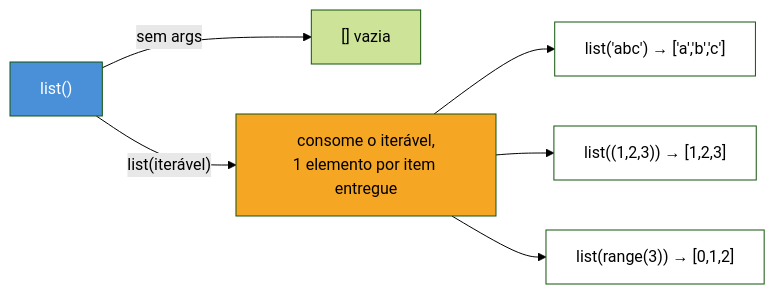
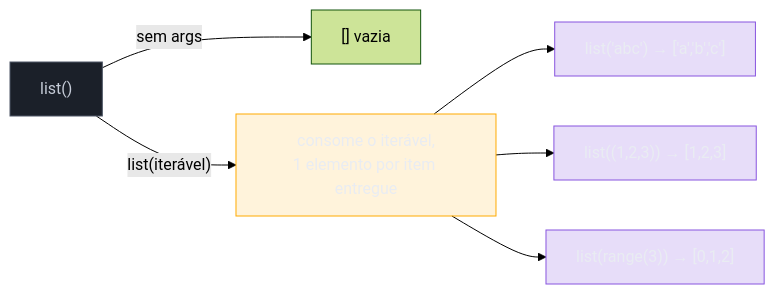
One commit to josenaldo/codex-technomanticus changed the first of 2 diagrams in 03-Dominios/Tecnologia/Python/Collections e Comprehensions/01 - Listas — criação, métodos e slicing avançado.md. Above: the diagram before and after it, drawn with Mermaid (forest theme). The commit also changed other lines of this file and 1181 other files, not shown here.

First line of the commit message:
fix(diagramas): paleta do sistema no lugar de cor cravada no markdown

````diff
--- a/03-Dominios/Tecnologia/Python/Collections e Comprehensions/01 - Listas — criação, métodos e slicing avançado.md
+++ b/03-Dominios/Tecnologia/Python/Collections e Comprehensions/01 - Listas — criação, métodos e slicing avançado.md
@@ -81,14 +81,17 @@
 ```mermaid
 flowchart LR
+    classDef neutro fill:#1B2029,stroke:#4E5666,color:#C6CCD8
+    classDef destaque fill:#FFAA0024,stroke:#FFAA00,color:#E9ECF2
+    classDef marca fill:#8855DF33,stroke:#8855DF,color:#E9ECF2
     A["list()"] -->|sem args| B["[] vazia"]
     A -->|"list(iterável)"| C["consome o iterável,<br/>1 elemento por item entregue"]
     C --> D["list('abc') → ['a','b','c']"]
     C --> E["list((1,2,3)) → [1,2,3]"]
     C --> F["list(range(3)) → [0,1,2]"]
 
-    style A fill:#4A90D9,color:#fff
-    style C fill:#F5A623,color:#000
-    style D fill:#fff,color:#000
-    style E fill:#fff,color:#000
-    style F fill:#fff,color:#000
+    class A neutro
+    class C destaque
+    class D marca
+    class E marca
+    class F marca
 ```
````
